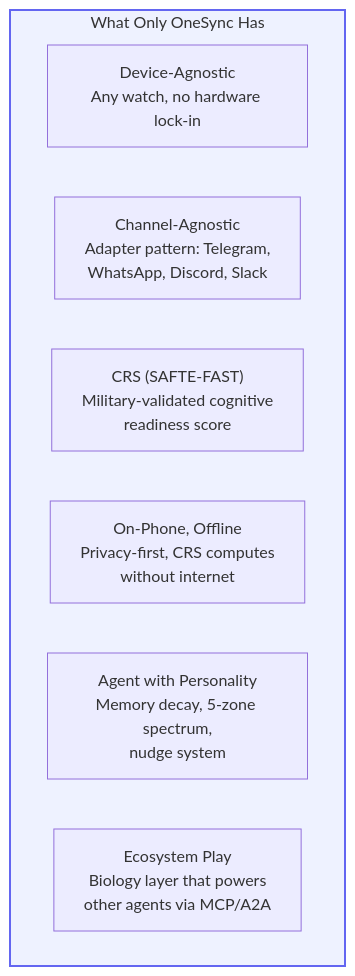
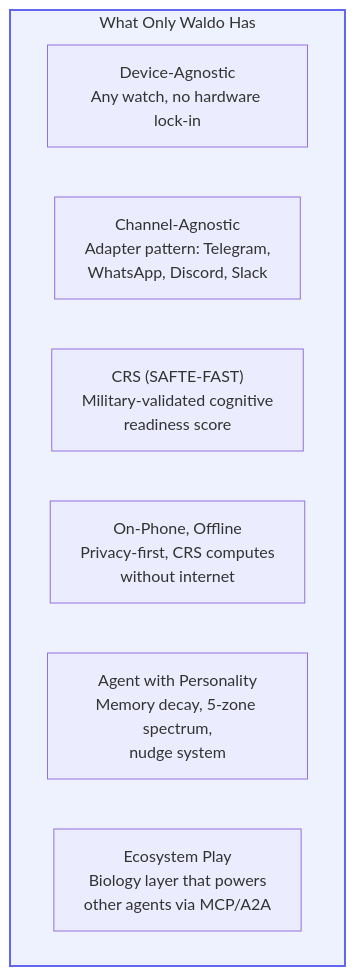
One commit to Pin4sf/Waldo changed the second of 2 diagrams in docs-site/competitive-landscape.md. Above: the diagram before and after it, drawn with Mermaid. The commit also changed other lines of this file and 56 other files, not shown here.

First line of the commit message:
feat: rebrand OneSync to Waldo across entire codebase

````diff
--- a/docs-site/competitive-landscape.md
+++ b/docs-site/competitive-landscape.md
@@ -91,13 +91,13 @@
 ```mermaid
 graph TB
-    subgraph OneSync["What Only OneSync Has"]
+    subgraph Waldo["What Only Waldo Has"]
         DA["Device-Agnostic<br/>Any watch, no hardware lock-in"]
         CA["Channel-Agnostic<br/>Adapter pattern: Telegram,<br/>WhatsApp, Discord, Slack"]
         CRS["CRS (SAFTE-FAST)<br/>Military-validated cognitive<br/>readiness score"]
         OFF["On-Phone, Offline<br/>Privacy-first, CRS computes<br/>without internet"]
         AGENT["Agent with Personality<br/>Memory decay, 5-zone spectrum,<br/>nudge system"]
         ECO["Ecosystem Play<br/>Biology layer that powers<br/>other agents via MCP/A2A"]
     end
 
-    style OneSync fill:#eef2ff,stroke:#6366f1,stroke-width:2px
+    style Waldo fill:#eef2ff,stroke:#6366f1,stroke-width:2px
 ```
````
